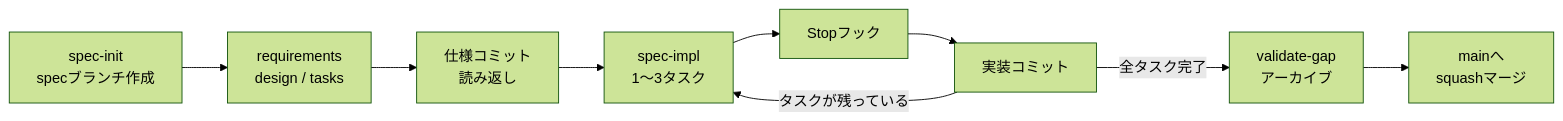
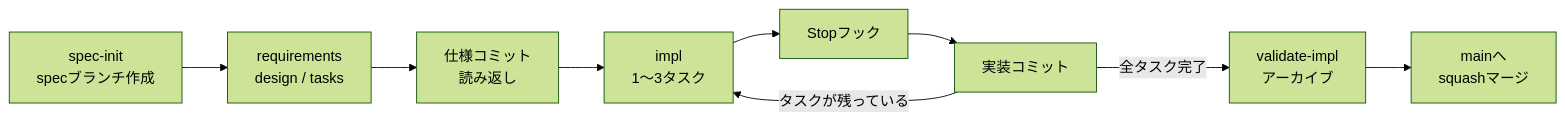
The diagram in docs/learning-roadmap.md (f18c052f/quest-sdd-tutorial), drawn with Mermaid (forest theme) before and after one commit. The commit also changed other lines of this file and 47 other files, not shown here.

````diff
--- a/docs/learning-roadmap.md
+++ b/docs/learning-roadmap.md
@@ -207,11 +209,11 @@
 ```mermaid
 flowchart LR
   A[spec-init<br/>specブランチ作成] --> B[requirements<br/>design / tasks]
   B --> C[仕様コミット<br/>読み返し]
-  C --> D[spec-impl<br/>1〜3タスク]
+  C --> D[impl<br/>1〜3タスク]
   D --> E[Stopフック]
   E --> F[実装コミット]
   F -->|タスクが残っている| D
-  F -->|全タスク完了| G[validate-gap<br/>アーカイブ]
+  F -->|全タスク完了| G[validate-impl<br/>アーカイブ]
   G --> H[mainへ<br/>squashマージ]
 ```
````
